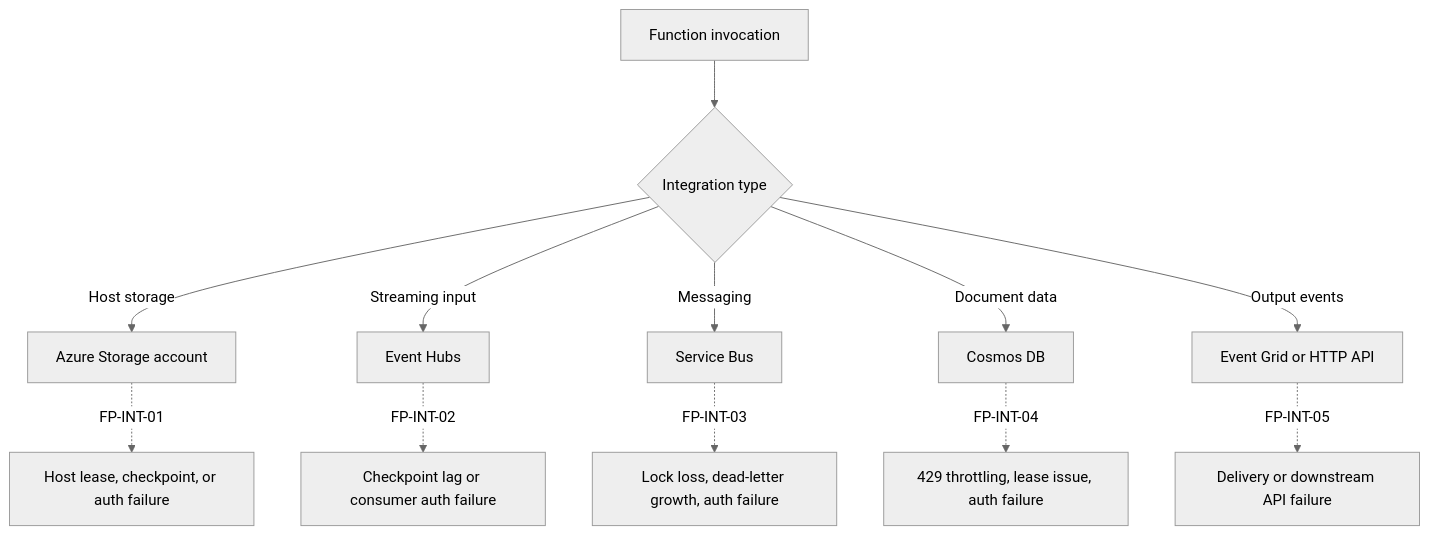
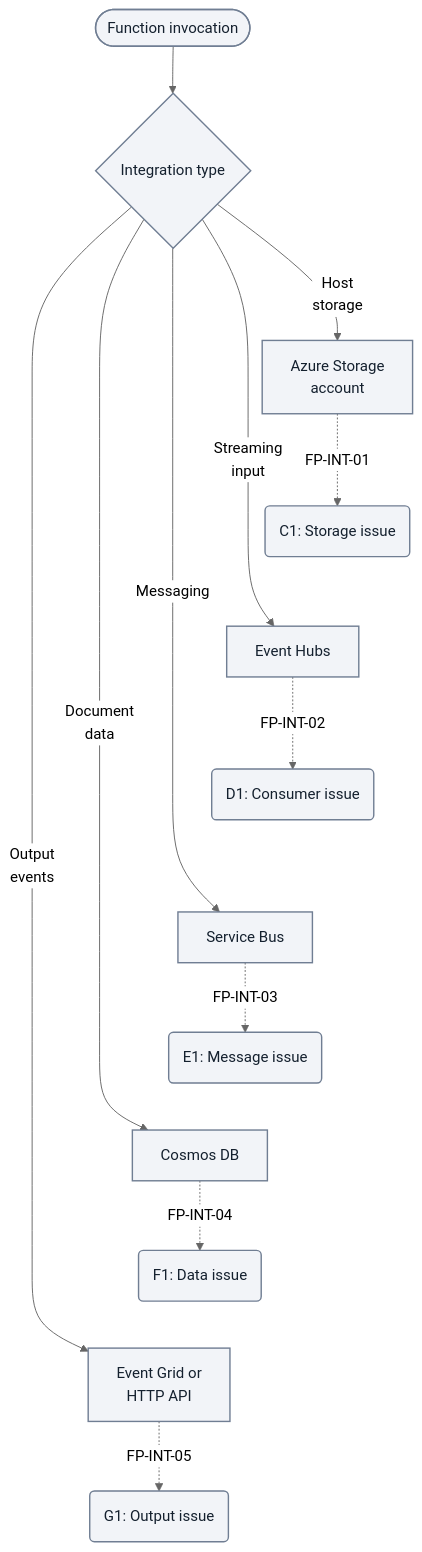
One commit to yeongseon/azure-functions-practical-guide changed the ninth of 10 diagrams in docs/troubleshooting/architecture-components-reference.md. Above: the diagram before and after it, drawn with Mermaid (neutral theme). The commit also changed other lines of this file and 1 other file, not shown here.

First line of the commit message:
docs(diagrams): migrate Functions troubleshooting overview — architecture components reference (#452)

````diff
--- a/docs/troubleshooting/architecture-components-reference.md
+++ b/docs/troubleshooting/architecture-components-reference.md
@@ -548,15 +660,25 @@
 ```mermaid
+%%{init: {'flowchart': {'nodeSpacing': 10}}}%%
 flowchart TD
-    A[Function invocation] --> B{Integration type}
-    B -->|Host storage| C[Azure Storage account]
-    B -->|Streaming input| D[Event Hubs]
+    accTitle: Azure service integration diagnostic routing
+    accDescr: Illustrative routing from five integration categories to candidate failure points. Host storage, streaming input, messaging, document data and output events remain separate; this is a diagnostic association map, not a network transport diagram or observed deployment.
+    A(["Function invocation"]) --> B{Integration type}
+    B -->|"Host<br/>storage"| C["Azure Storage<br/>account"]
+    B -->|"Streaming<br/>input"| D[Event Hubs]
     B -->|Messaging| E[Service Bus]
-    B -->|Document data| F[Cosmos DB]
-    B -->|Output events| G[Event Grid or HTTP API]
+    B -->|"Document<br/>data"| F[Cosmos DB]
+    B -->|"Output<br/>events"| G["Event Grid or<br/>HTTP API"]
 
-    C -. FP-INT-01 .-> C1[Host lease, checkpoint, or auth failure]
-    D -. FP-INT-02 .-> D1[Checkpoint lag or consumer auth failure]
-    E -. FP-INT-03 .-> E1[Lock loss, dead-letter growth, auth failure]
-    F -. FP-INT-04 .-> F1[429 throttling, lease issue, auth failure]
-    G -. FP-INT-05 .-> G1[Delivery or downstream API failure]
+    C -. FP-INT-01 .-> C1("C1: Storage issue")
+    D -. FP-INT-02 .-> D1("D1: Consumer issue")
+    E -. FP-INT-03 .-> E1("E1: Message issue")
+    F -. FP-INT-04 .-> F1("F1: Data issue")
+    G -. FP-INT-05 .-> G1("G1: Output issue")
+    %% Layout-only links serialize categories; they add no diagnostic steps or arrows.
+    C1 ~~~ D
+    D1 ~~~ E
+    E1 ~~~ F
+    F1 ~~~ G
+    classDef baseNeutral fill:#f2f4f8,stroke:#707e93,stroke-width:1.5px,color:#14202e;
+    class A,B,C,D,E,F,G,C1,D1,E1,F1,G1 baseNeutral;
 ```
````
